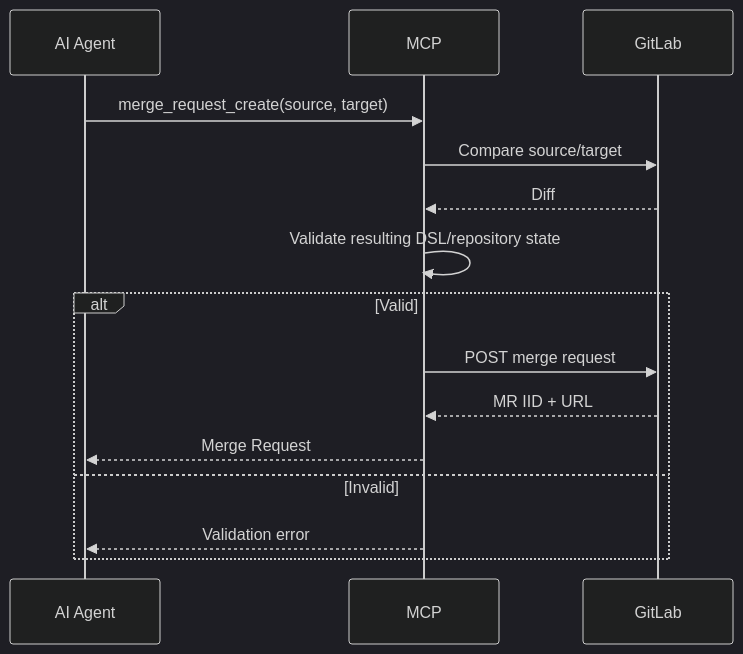
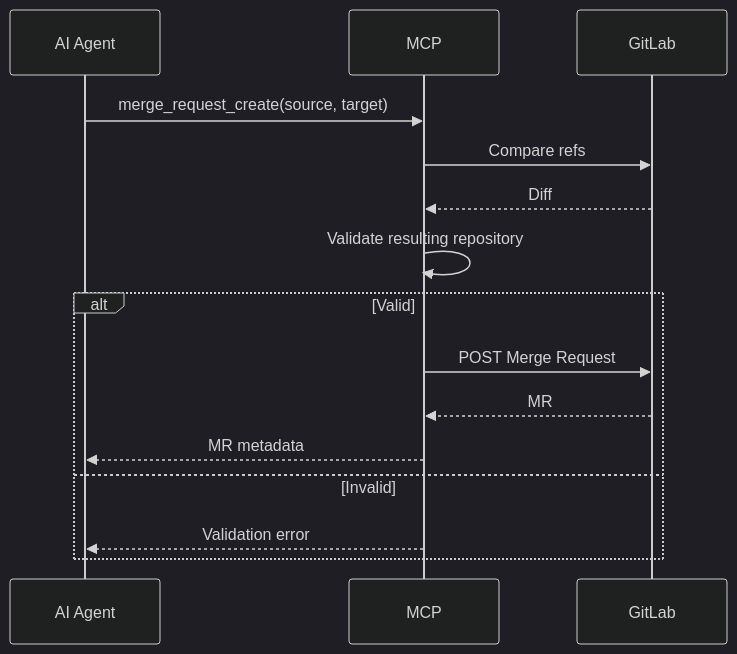
One commit to SkySai1/ArchRepoMCP changed diagram 12 of 15 in AGENTS.md. Above: the diagram before and after it, drawn with Mermaid (dark theme). The commit also changed other lines of this file, not shown here.

````diff
--- a/AGENTS.md
+++ b/AGENTS.md
@@ -992,19 +1277,19 @@
 ```mermaid
 sequenceDiagram
     participant A as AI Agent
     participant M as MCP
     participant G as GitLab
 
     A->>M: merge_request_create(source, target)
-    M->>G: Compare source/target
+    M->>G: Compare refs
     G-->>M: Diff
-    M->>M: Validate resulting DSL/repository state
+    M->>M: Validate resulting repository
 
     alt Valid
-        M->>G: POST merge request
-        G-->>M: MR IID + URL
-        M-->>A: Merge Request
+        M->>G: POST Merge Request
+        G-->>M: MR
+        M-->>A: MR metadata
     else Invalid
         M-->>A: Validation error
     end
 ```
````
